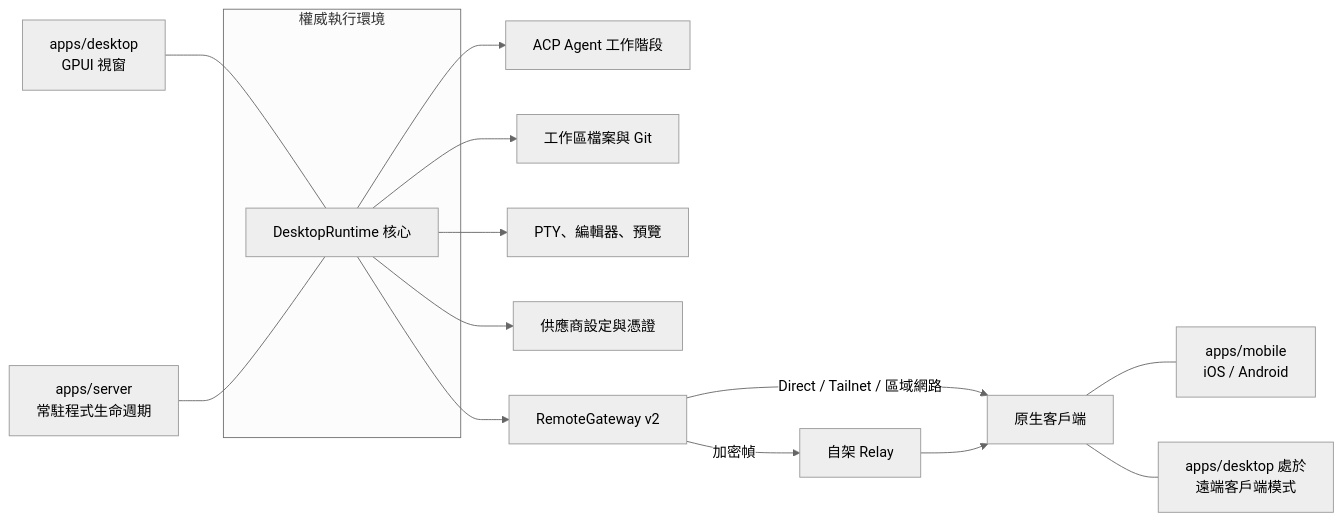
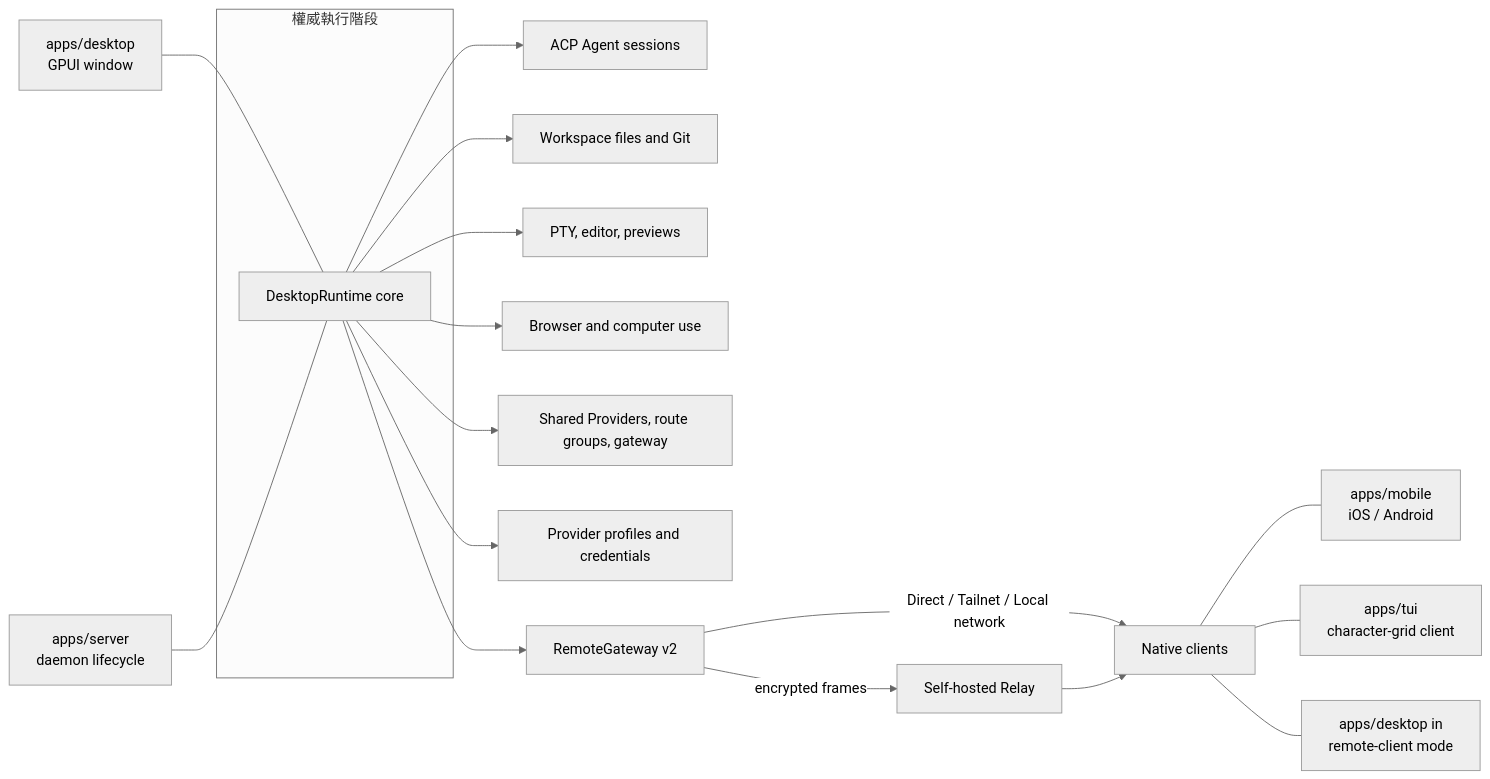
The diagram in zh-TW/developer/architecture.mdx (vibex-ai/vibex-docs), drawn with Mermaid (neutral theme) before and after one commit. The commit also changed other lines of this file and 96 other files, not shown here.

````diff
--- a/zh-TW/developer/architecture.mdx
+++ b/zh-TW/developer/architecture.mdx
@@ -10,18 +10,21 @@
 ```mermaid
 flowchart LR
-  subgraph Authority[權威執行環境]
-    D[DesktopRuntime 核心]
+  subgraph Authority[權威執行階段]
+    D[DesktopRuntime core]
   end
-  D --> A[ACP Agent 工作階段]
-  D --> W[工作區檔案與 Git]
-  D --> T[PTY、編輯器、預覽]
-  D --> P[供應商設定與憑證]
+  D --> A[ACP Agent sessions]
+  D --> W[Workspace files and Git]
+  D --> T[PTY, editor, previews]
+  D --> B[Browser and computer use]
+  D --> G[Shared Providers, route groups, gateway]
+  D --> P[Provider profiles and credentials]
   D --> R[RemoteGateway v2]
-  R -->|Direct / Tailnet / 區域網路| M[原生客戶端]
-  R -->|加密幀| X[自架 Relay]
+  R -->|Direct / Tailnet / Local network| M[Native clients]
+  R -->|encrypted frames| X[Self-hosted Relay]
   X --> M
-  DE[apps/desktop<br/>GPUI 視窗] --- D
-  SV[apps/server<br/>常駐程式生命週期] --- D
+  DE[apps/desktop<br/>GPUI window] --- D
+  SV[apps/server<br/>daemon lifecycle] --- D
   M --- MB[apps/mobile<br/>iOS / Android]
-  M --- DKT[apps/desktop 處於<br/>遠端客戶端模式]
+  M --- TUI[apps/tui<br/>character-grid client]
+  M --- DKT[apps/desktop in<br/>remote-client mode]
 ```
````
